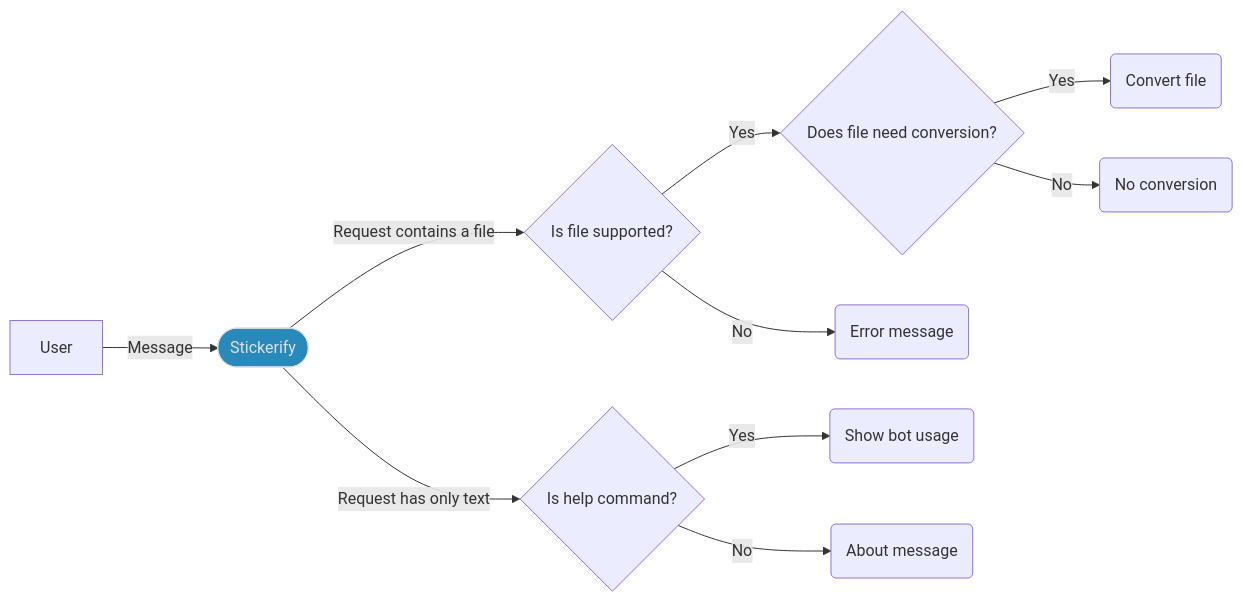
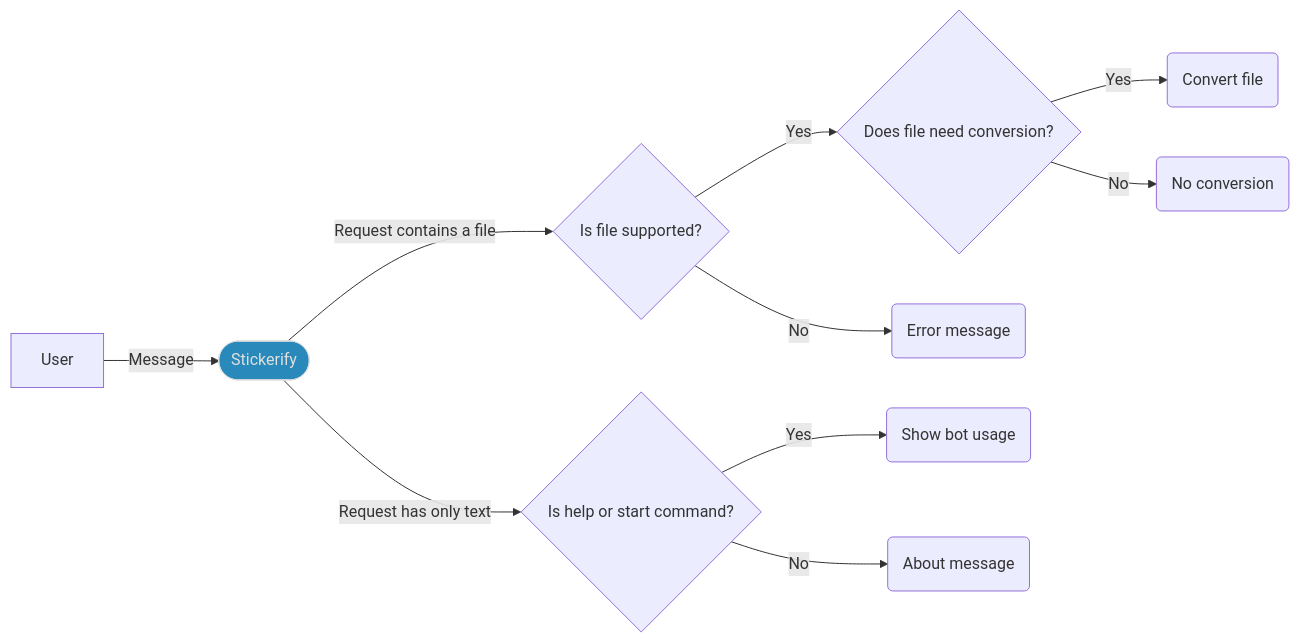
One commit to Stickerifier/Stickerify changed the diagram in README.md. Above: the diagram before and after it, drawn with Mermaid. The commit also changed 2 other files, not shown here.

Commit message:
Send usage message when a user starts the bot (#171)

````diff
--- a/README.md
+++ b/README.md
@@ -30,14 +30,14 @@
 ```mermaid
     flowchart LR
     A[User] -->|Message| B([Stickerify])
     B -->|Request contains a file| C{Is file supported?}
     click B "https://t.me/StickerifyImageBot" _blank
     style B fill: #2889ba, stroke: #e0e0e0, color: #e0e0e0
     C -->|Yes| D{Does file need conversion?}
     C -->|No| E(Error message)
-    B -->|Request has only text| F{Is help command?}
+    B -->|Request has only text| F{Is help or start command?}
     F -->|Yes| G(Show bot usage)
     F -->|No| H(About message)
     D -->|Yes| J(Convert file)
     D -->|No| K(No conversion)
 ```
````
